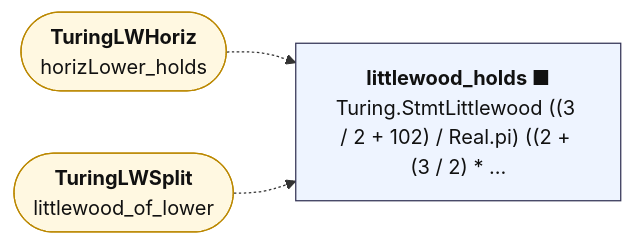
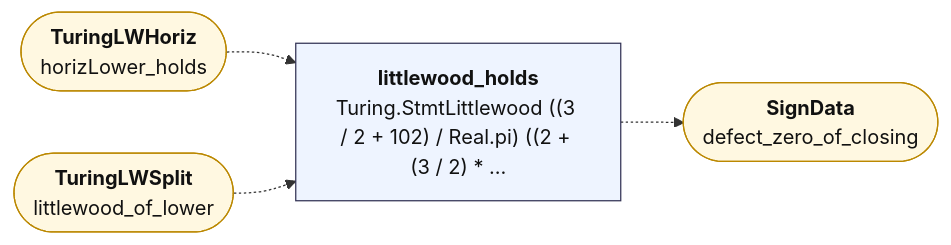
Before and after one commit to juliansambranojr/Primebeat_081426: the diagram in map/lean_stage3/TuringLW.md, drawn with Mermaid. The commit also changed other lines of this file and 180 other files, not shown here.

````diff
--- a/map/lean_stage3/TuringLW.md
+++ b/map/lean_stage3/TuringLW.md
@@ -14,16 +14,18 @@
 ```mermaid
 flowchart LR
-  n0["<b>littlewood_holds ■</b><br/>Turing.StmtLittlewood ((3 / 2 + 102) / Real.pi) ((2 + (3 / 2) * …"]:::thm
+  n0["<b>littlewood_holds</b><br/>Turing.StmtLittlewood ((3 / 2 + 102) / Real.pi) ((2 + (3 / 2) * …"]:::thm
   x0(["<b>TuringLWHoriz</b><br/>horizLower_holds"]):::ext
   x1(["<b>TuringLWSplit</b><br/>littlewood_of_lower"]):::ext
+  x2(["<b>SignData</b><br/>defect_zero_of_closing"]):::ext
+  n0 -.-> x2
   x0 -.-> n0
   x1 -.-> n0
   classDef cnt fill:#dff5ec,stroke:#17694a,color:#111
   classDef shp fill:#f1ecfb,stroke:#5b3fa0,color:#111
   classDef rh fill:#ffe5e5,stroke:#c22,color:#111,stroke-width:2px
   classDef thm fill:#eef4ff,stroke:#335,color:#111
   classDef end_ fill:#e7f7e7,stroke:#2a7,color:#111,stroke-width:2px
   classDef lone fill:#fff,stroke:#999,color:#111,stroke-dasharray:4 3
   classDef bad fill:#ffe5e5,stroke:#c22,color:#111,stroke-width:2px
   classDef ext fill:#fff8e1,stroke:#b80,color:#111
 ```
````
